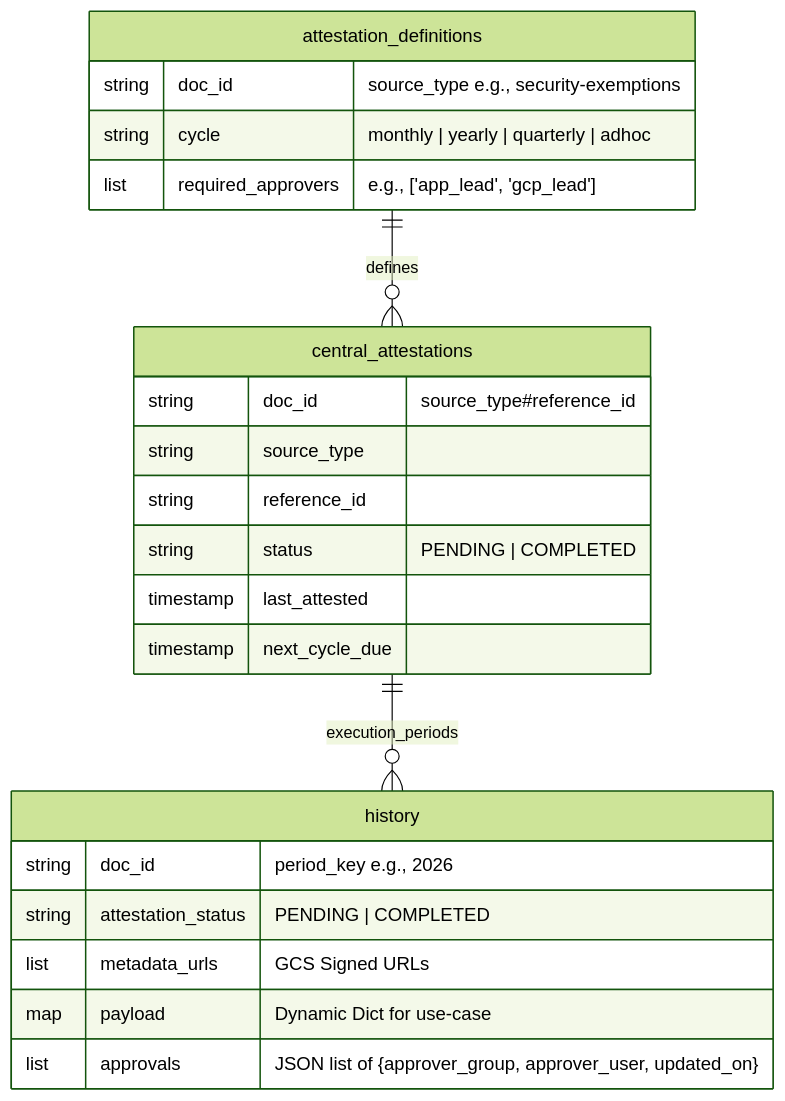
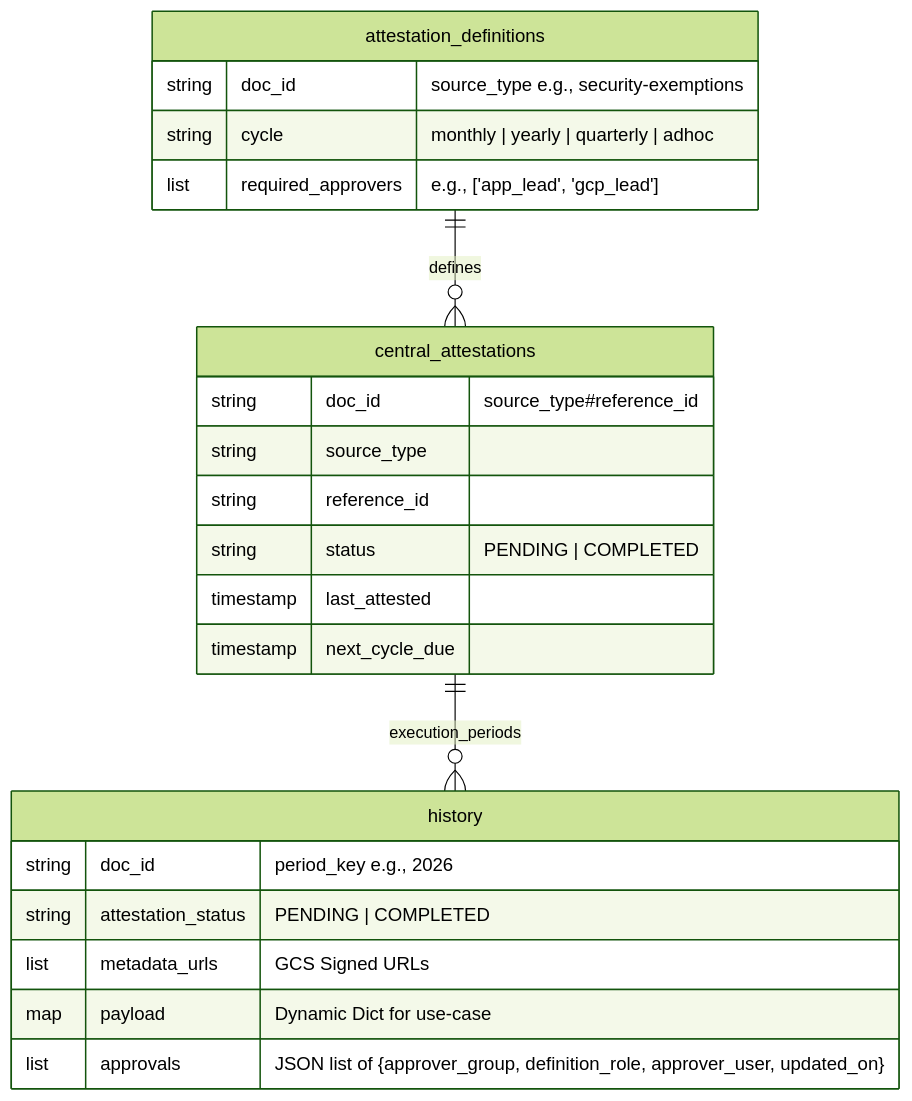
The diagram in README.md (dograga/attestation), drawn with Mermaid (forest theme) before and after one commit. The commit also changed other lines of this file and 5 other files, not shown here.

````diff
--- a/README.md
+++ b/README.md
@@ -8,28 +8,28 @@
 ```mermaid
 erDiagram
     attestation_definitions ||--o{ central_attestations : defines
     central_attestations ||--o{ history : execution_periods
 
     attestation_definitions {
         string doc_id "source_type e.g., security-exemptions"
         string cycle "monthly | yearly | quarterly | adhoc"
         list required_approvers "e.g., ['app_lead', 'gcp_lead']"
     }
 
     central_attestations {
         string doc_id "source_type#reference_id"
         string source_type
         string reference_id
         string status "PENDING | COMPLETED"
         timestamp last_attested
         timestamp next_cycle_due
     }
 
     history {
         string doc_id "period_key e.g., 2026"
         string attestation_status "PENDING | COMPLETED"
         list metadata_urls "GCS Signed URLs"
         map payload "Dynamic Dict for use-case"
-        list approvals "JSON list of {approver_group, approver_user, updated_on}"
+        list approvals "JSON list of {approver_group, definition_role, approver_user, updated_on}"
     }
 ```
````
